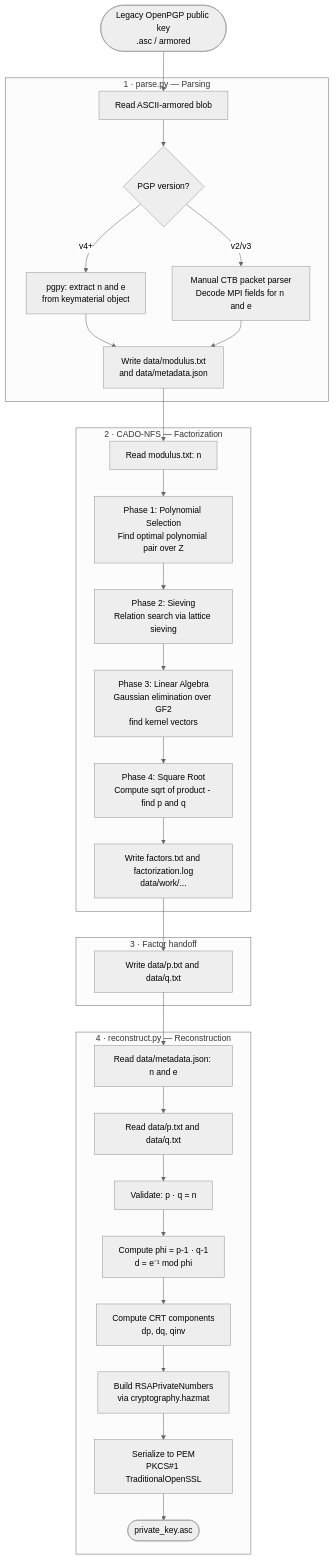
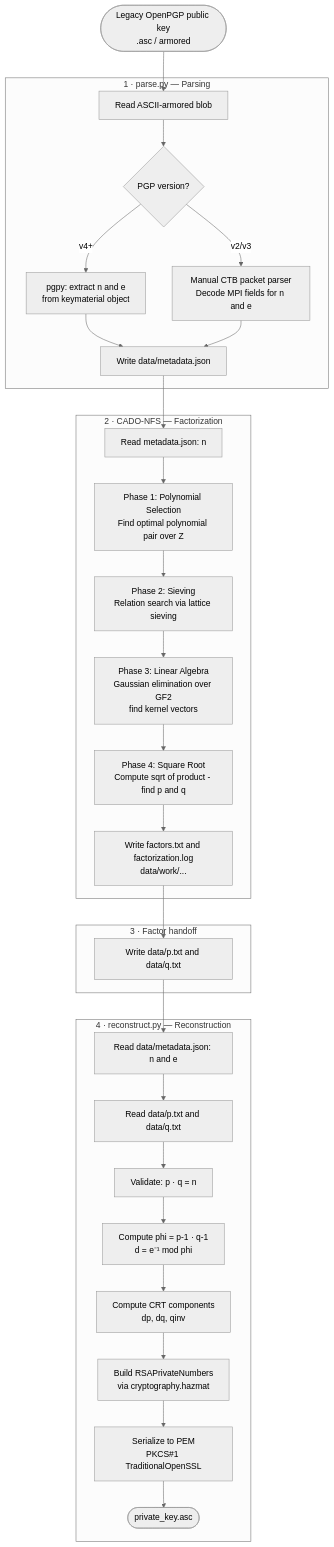
The diagram in README.md (trygu/primeval), drawn with Mermaid (neutral theme) before and after one commit. The commit also changed other lines of this file and 2 other files, not shown here.

Commit message:
refactor: remove redundant modulus.txt, read n from metadata.json

````diff
--- a/README.md
+++ b/README.md
@@ -108,43 +108,43 @@
 ```mermaid
 flowchart TD
     A([Legacy OpenPGP public key\n.asc / armored]) --> B
 
     subgraph PARSE["1 · parse.py — Parsing"]
         B[Read ASCII-armored blob]
         B --> C{PGP version?}
         C -->|v4+| D[pgpy: extract n and e\nfrom keymaterial object]
         C -->|v2/v3| E[Manual CTB packet parser\nDecode MPI fields for n and e]
-        D --> F[Write data/modulus.txt\nand data/metadata.json]
+        D --> F[Write data/metadata.json]
         E --> F
     end
 
     F --> G
 
     subgraph CADO["2 · CADO-NFS — Factorization"]
-        G[Read modulus.txt: n]
+        G[Read metadata.json: n]
         G --> H[Phase 1: Polynomial Selection\nFind optimal polynomial pair over Z]
         H --> I[Phase 2: Sieving\nRelation search via lattice sieving]
         I --> J[Phase 3: Linear Algebra\nGaussian elimination over GF2\nfind kernel vectors]
         J --> K[Phase 4: Square Root\nCompute sqrt of product - find p and q]
         K --> L[Write factors.txt and factorization.log\ndata/work/...]
     end
 
     L --> M
 
     subgraph HANDOFF["3 · Factor handoff"]
       M[Write data/p.txt and data/q.txt]
     end
 
     M --> R
 
     subgraph RECON["4 · reconstruct.py — Reconstruction"]
         R[Read data/metadata.json: n and e]
         R --> S[Read data/p.txt and data/q.txt]
         S --> T[Validate: p · q = n]
         T --> U[Compute phi = p-1 · q-1\nd = e⁻¹ mod phi]
         U --> V[Compute CRT components\ndp, dq, qinv]
         V --> W[Build RSAPrivateNumbers\nvia cryptography.hazmat]
         W --> X[Serialize to PEM\nPKCS#1 TraditionalOpenSSL]
         X --> Y([private_key.asc])
     end
 ```
````
